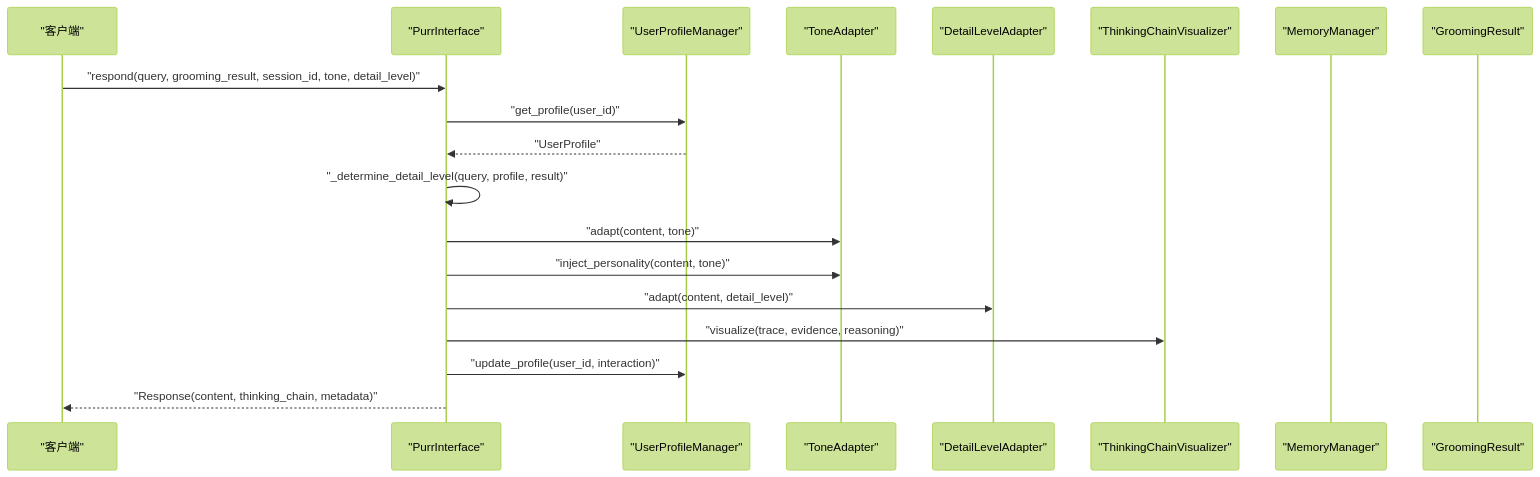
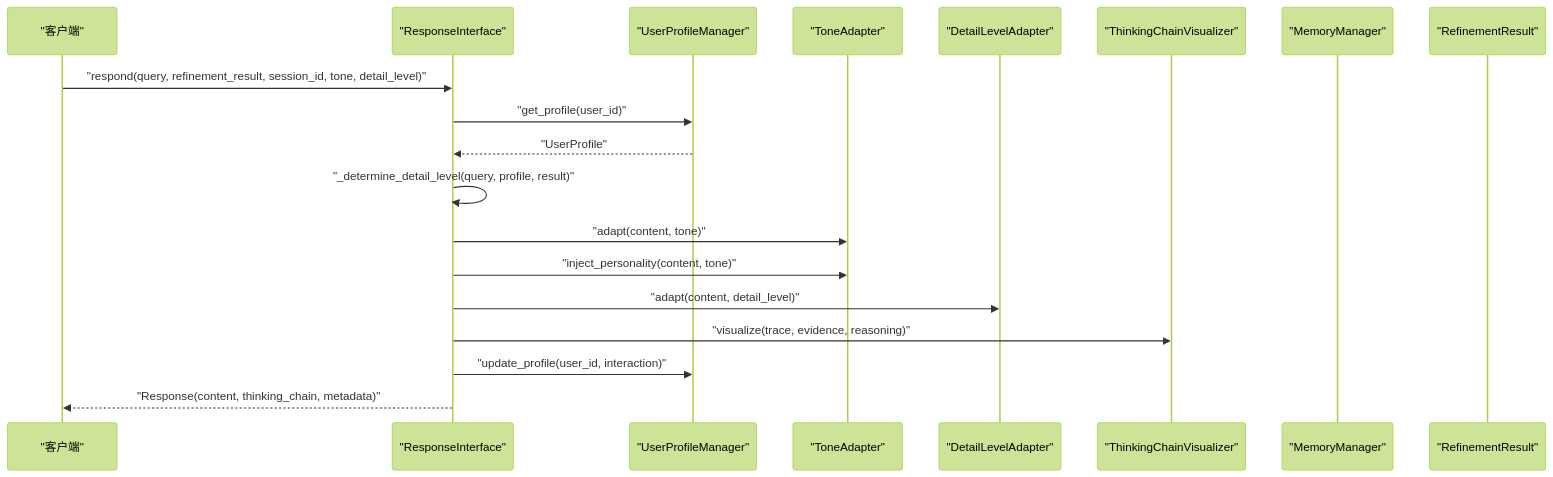
One commit to JieGaoPrinceton/NecoRAG changed the second of 9 diagrams in .qoder/repowiki/zh/content/核心模块详解/Purr Interface - 交互层/Purr Interface - 交互层.md. Above: the diagram before and after it, drawn with Mermaid (forest theme). The commit also changed other lines of this file and 23 other files, not shown here.

````diff
--- a/.qoder/repowiki/zh/content/核心模块详解/Purr Interface - 交互层/Purr Interface - 交互层.md
+++ b/.qoder/repowiki/zh/content/核心模块详解/Purr Interface - 交互层/Purr Interface - 交互层.md
@@ -93,21 +105,21 @@
 ```mermaid
 sequenceDiagram
 participant Client as "客户端"
-participant Interface as "PurrInterface"
+participant Interface as "ResponseInterface"
 participant Profile as "UserProfileManager"
 participant Tone as "ToneAdapter"
 participant Detail as "DetailLevelAdapter"
 participant Visual as "ThinkingChainVisualizer"
 participant Memory as "MemoryManager"
-participant Groom as "GroomingResult"
-Client->>Interface : "respond(query, grooming_result, session_id, tone, detail_level)"
+participant Refine as "RefinementResult"
+Client->>Interface : "respond(query, refinement_result, session_id, tone, detail_level)"
 Interface->>Profile : "get_profile(user_id)"
 Profile-->>Interface : "UserProfile"
 Interface->>Interface : "_determine_detail_level(query, profile, result)"
 Interface->>Tone : "adapt(content, tone)"
 Interface->>Tone : "inject_personality(content, tone)"
 Interface->>Detail : "adapt(content, detail_level)"
 Interface->>Visual : "visualize(trace, evidence, reasoning)"
 Interface->>Profile : "update_profile(user_id, interaction)"
 Interface-->>Client : "Response(content, thinking_chain, metadata)"
 ```
````
